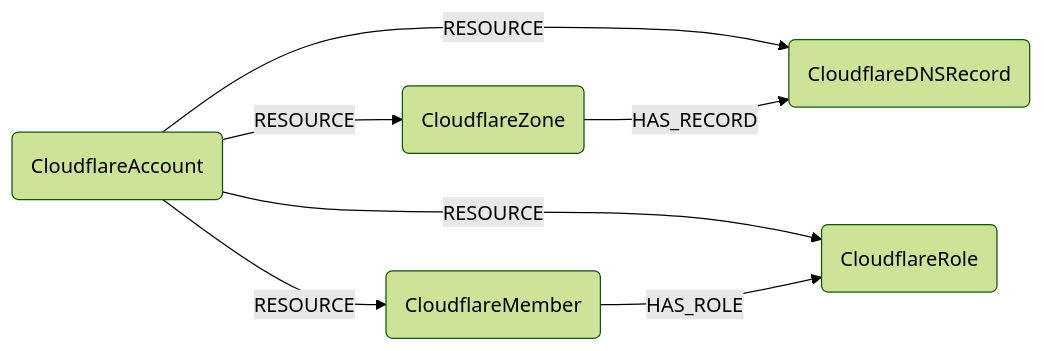
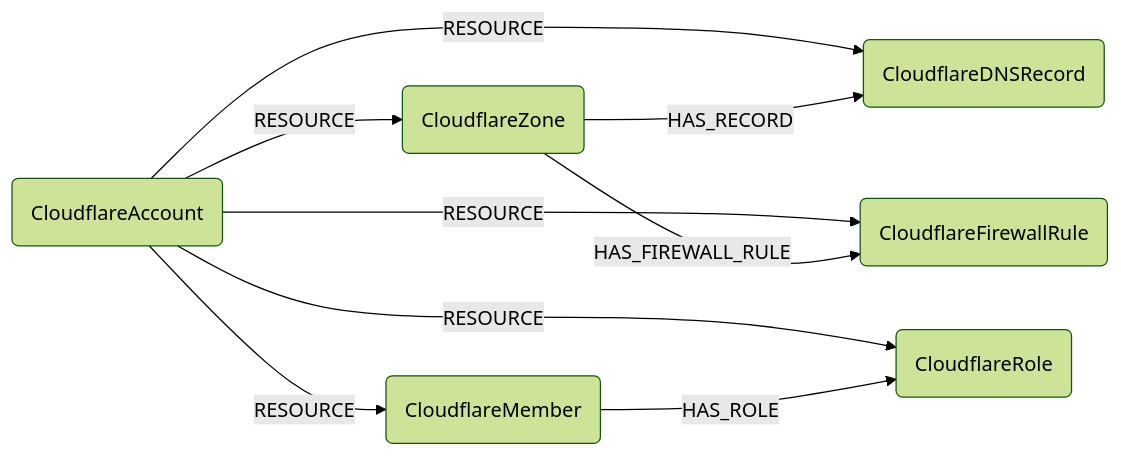
One commit to cartography-cncf/cartography changed the diagram in docs/root/modules/cloudflare/schema.md. Above: the diagram before and after it, drawn with Mermaid (forest theme). The commit also changed other lines of this file and 6 other files, not shown here.

Commit message:
feat(cloudflare): add support for firewall rules ingestion and schema

````diff
--- a/docs/root/modules/cloudflare/schema.md
+++ b/docs/root/modules/cloudflare/schema.md
@@ -3,9 +3,11 @@
 ```mermaid
 graph LR
 A(CloudflareAccount) -- RESOURCE --> Z(CloudflareZone)
 A(CloudflareAccount) -- RESOURCE --> M(CloudflareMember)
 A(CloudflareAccount) -- RESOURCE --> R(CloudflareRole)
 M -- HAS_ROLE --> R
 A(CloudflareAccount) -- RESOURCE --> D(CloudflareDNSRecord)
 Z -- HAS_RECORD --> D
+A(CloudflareAccount) -- RESOURCE --> F(CloudflareFirewallRule)
+Z -- HAS_FIREWALL_RULE --> F
 ```
````
